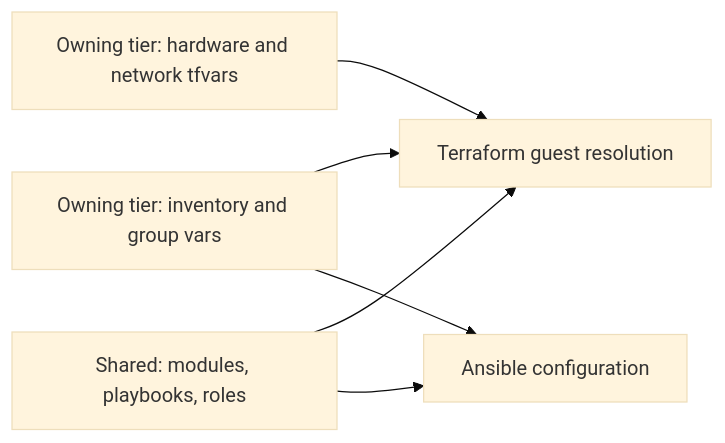
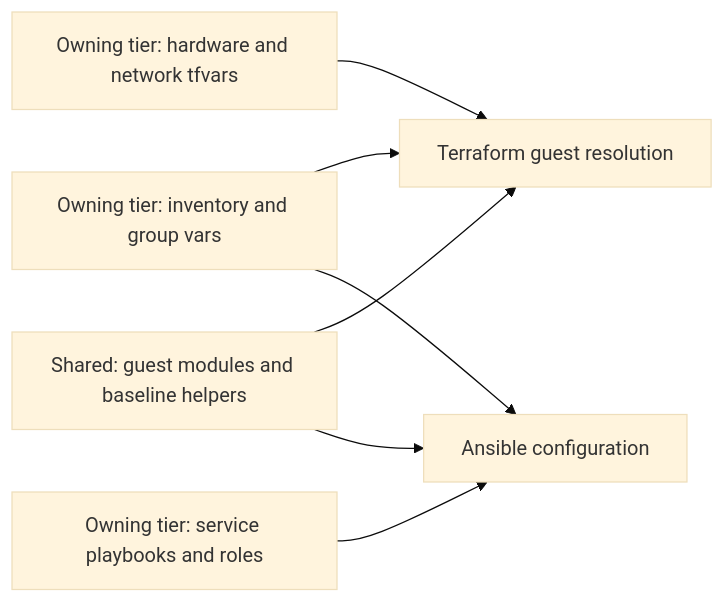
The diagram in docs/reference/generated-repository-model.md (Rexus/homelab), drawn with Mermaid (base theme) before and after one commit. The commit also changed other lines of this file and 133 other files, not shown here.

````diff
--- a/docs/reference/generated-repository-model.md
+++ b/docs/reference/generated-repository-model.md
@@ -117,8 +128,9 @@
 ```mermaid
 flowchart LR
   Inputs["Owning tier: inventory and group vars"] --> TF["Terraform guest resolution"]
   Inputs --> Ansible["Ansible configuration"]
   Hardware["Owning tier: hardware and network tfvars"] --> TF
-  Shared["Shared: modules, playbooks, roles"] --> TF
+  Shared["Shared: guest modules and baseline helpers"] --> TF
   Shared --> Ansible
+  Services["Owning tier: service playbooks and roles"] --> Ansible
 ```
````
